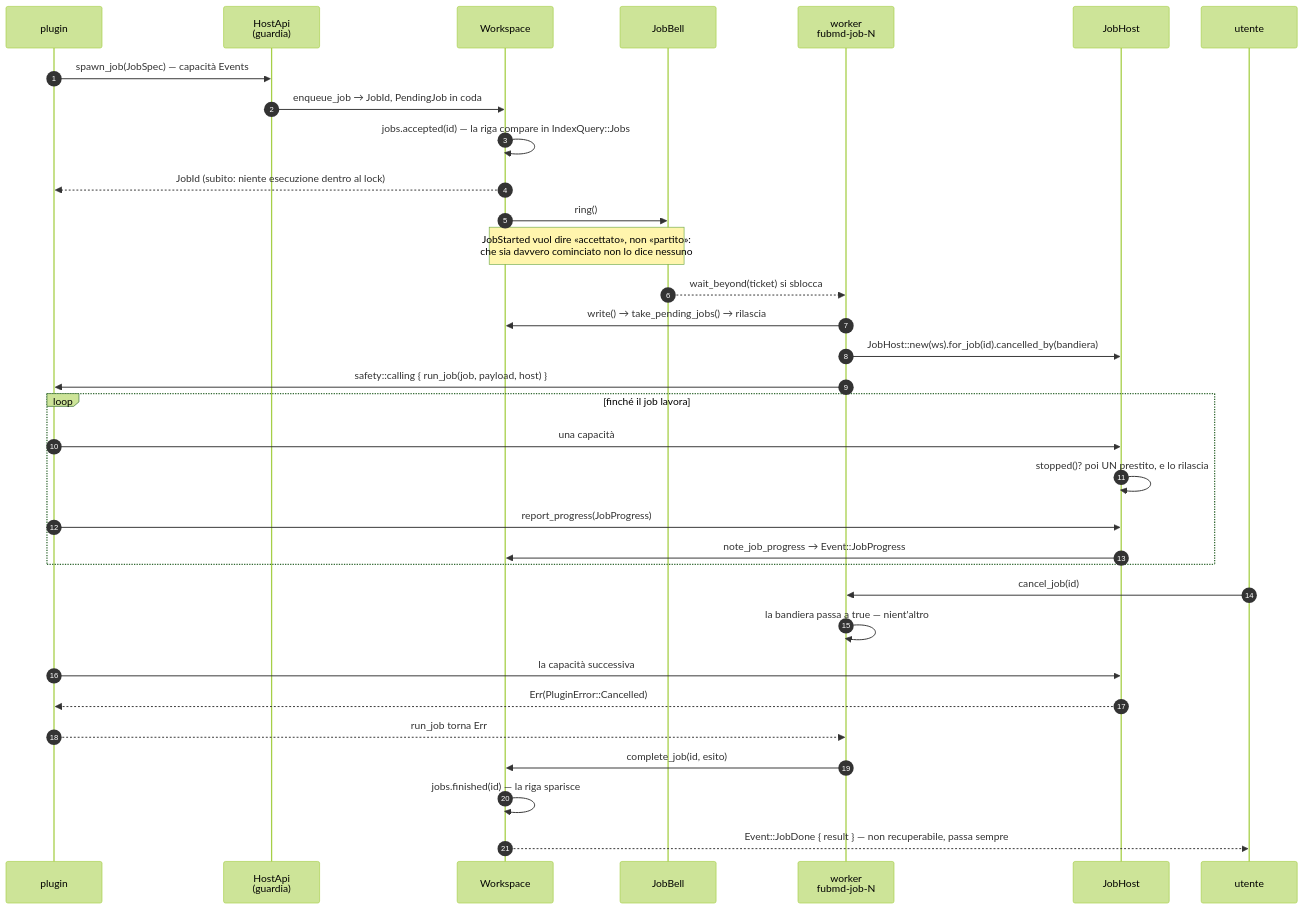
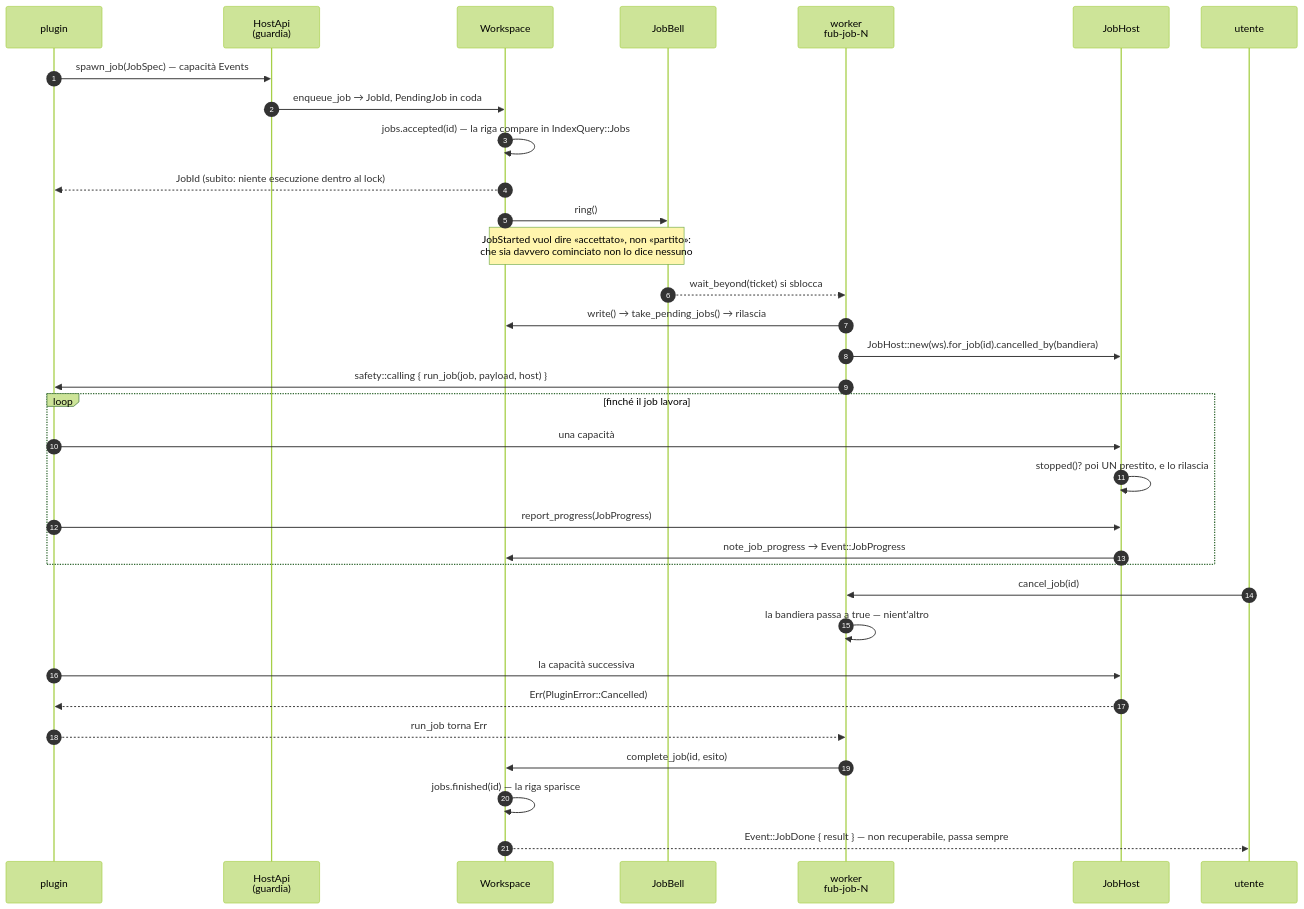
One commit to Fubeo/Fub changed the first of 5 diagrams in docs/architecture/plugin-boundary.md. Above: the diagram before and after it, drawn with Mermaid (forest theme). The commit also changed other lines of this file and 517 other files, not shown here.

````diff
--- a/docs/architecture/plugin-boundary.md
+++ b/docs/architecture/plugin-boundary.md
@@ -495,36 +495,36 @@
 ```mermaid
 sequenceDiagram
     autonumber
     participant Pl as plugin
     participant H as HostApi<br/>(guardia)
     participant W as Workspace
     participant Bl as JobBell
-    participant Wk as worker<br/>fubmd-job-N
+    participant Wk as worker<br/>fub-job-N
     participant JH as JobHost
     participant U as utente
 
     Pl->>H: spawn_job(JobSpec) — capacità Events
     H->>W: enqueue_job → JobId, PendingJob in coda
     W->>W: jobs.accepted(id) — la riga compare in IndexQuery::Jobs
     W-->>Pl: JobId (subito: niente esecuzione dentro al lock)
     W->>Bl: ring()
     Note over W,Bl: JobStarted vuol dire «accettato», non «partito»:<br/>che sia davvero cominciato non lo dice nessuno
     Bl-->>Wk: wait_beyond(ticket) si sblocca
     Wk->>W: write() → take_pending_jobs() → rilascia
     Wk->>JH: JobHost::new(ws).for_job(id).cancelled_by(bandiera)
     Wk->>Pl: safety::calling { run_job(job, payload, host) }
     loop finché il job lavora
         Pl->>JH: una capacità
         JH->>JH: stopped()? poi UN prestito, e lo rilascia
         Pl->>JH: report_progress(JobProgress)
         JH->>W: note_job_progress → Event::JobProgress
     end
     U->>Wk: cancel_job(id)
     Wk->>Wk: la bandiera passa a true — nient'altro
     Pl->>JH: la capacità successiva
     JH-->>Pl: Err(PluginError::Cancelled)
     Pl-->>Wk: run_job torna Err
     Wk->>W: complete_job(id, esito)
     W->>W: jobs.finished(id) — la riga sparisce
     W-->>U: Event::JobDone { result } — non recuperabile, passa sempre
 ```
````
